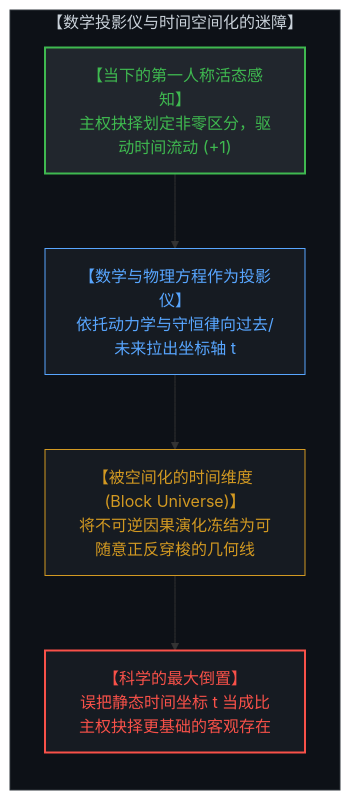
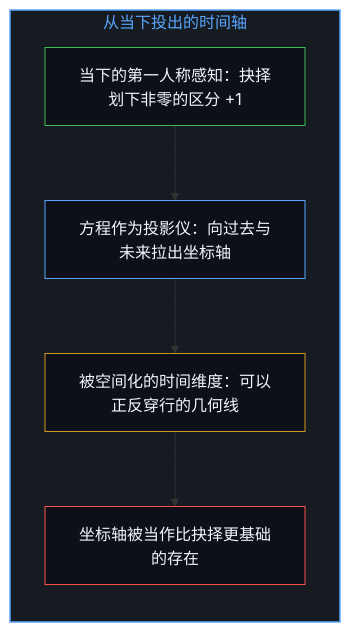
Before and after one commit to powerpig99/not-a-toe: the seventh of 12 diagrams in content/posts/the-illusion-of-the-tool-and-the-inversion-of-time.md, drawn with Mermaid. The commit also changed other lines of this file and 2 other files, not shown here.

Commit message:
Refine the-illusion-of-the-tool: alternating bilingual layout, six paired diagrams, continuity as the coherence of causality, implicit first person

````diff
--- a/content/posts/the-illusion-of-the-tool-and-the-inversion-of-time.md
+++ b/content/posts/the-illusion-of-the-tool-and-the-inversion-of-time.md
@@ -195,18 +183,19 @@
 ```mermaid
-graph TD
-    subgraph SpatializedTimeTrap["【数学投影仪与时间空间化的迷障】"]
+flowchart TD
+    subgraph S_Project["从当下投出的时间轴"]
         direction TB
-        FeltPresentNow["【当下的第一人称活态感知】<br>主权抉择划定非零区分，驱动时间流动 (+1)"]
-        MathAsProjector["【数学与物理方程作为投影仪】<br>依托动力学与守恒律向过去/未来拉出坐标轴 t"]
-        SpatializedDimension["【被空间化的时间维度 (Block Universe)】<br>将不可逆因果演化冻结为可随意正反穿梭的几何线"]
-        TimeInversionIllusion["【科学的最大倒置】<br>误把静态时间坐标 t 当成比主权抉择更基础的客观存在"]
-        FeltPresentNow --> MathAsProjector
-        MathAsProjector --> SpatializedDimension
-        SpatializedDimension --> TimeInversionIllusion
+        Now["当下的第一人称感知：抉择划下非零的区分 +1"]
+        Projector["方程作为投影仪：向过去与未来拉出坐标轴"]
+        Axis["被空间化的时间维度：可以正反穿行的几何线"]
+        Taken["坐标轴被当作比抉择更基础的存在"]
+        Now --> Projector
+        Projector --> Axis
+        Axis --> Taken
     end
-    style SpatializedTimeTrap fill:#0d1117,stroke:#30363d,stroke-width:1px,color:#c9d1d9
-    style FeltPresentNow fill:#21262d,stroke:#3fb950,stroke-width:2px,color:#3fb950
-    style MathAsProjector fill:#161b22,stroke:#58a6ff,stroke-width:1px,color:#58a6ff
-    style SpatializedDimension fill:#161b22,stroke:#d29922,stroke-width:1px,color:#d29922
-    style TimeInversionIllusion fill:#161b22,stroke:#f85149,stroke-width:2px,color:#f85149
+
+    style S_Project fill:#161b22,stroke:#58a6ff,stroke-width:1.5px,color:#58a6ff
+    style Now fill:#0d1117,stroke:#3fb950,stroke-width:1px,color:#f0f6fc
+    style Projector fill:#0d1117,stroke:#58a6ff,stroke-width:1px,color:#f0f6fc
+    style Axis fill:#0d1117,stroke:#d29922,stroke-width:1px,color:#f0f6fc
+    style Taken fill:#0d1117,stroke:#f85149,stroke-width:1px,color:#f0f6fc
 ```
````
